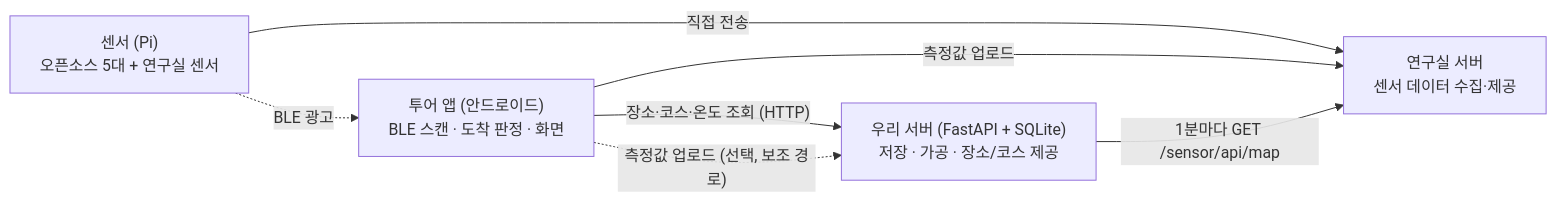
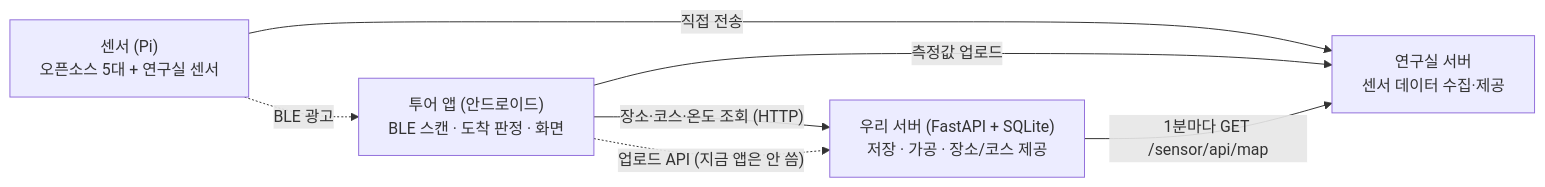
The first of 8 diagrams in docs/backend-design.md (C-sewon/CampusTourGuide), drawn with Mermaid before and after one commit. The commit also changed other lines of this file and 2 other files, not shown here.

Commit message:
Docs: 앱 담당 확인(#52)을 반영해 설계 문서의 앱 동작 설명을 고치고 업로드 API를 앱이 쓰지 않는다고 바로잡음

````diff
--- a/docs/backend-design.md
+++ b/docs/backend-design.md
@@ -25,14 +25,14 @@
 ```mermaid
 flowchart LR
     PI["센서 (Pi)<br/>오픈소스 5대 + 연구실 센서"]
     LAB["연구실 서버<br/>센서 데이터 수집·제공"]
     SRV["우리 서버 (FastAPI + SQLite)<br/>저장 · 가공 · 장소/코스 제공"]
     APP["투어 앱 (안드로이드)<br/>BLE 스캔 · 도착 판정 · 화면"]
 
     PI -- "직접 전송" --> LAB
     PI -. "BLE 광고" .-> APP
     APP -- "측정값 업로드" --> LAB
     SRV -- "1분마다 GET /sensor/api/map" --> LAB
     APP -- "장소·코스·온도 조회 (HTTP)" --> SRV
-    APP -. "측정값 업로드 (선택, 보조 경로)" .-> SRV
+    APP -. "업로드 API (지금 앱은 안 씀)" .-> SRV
 ```
````
